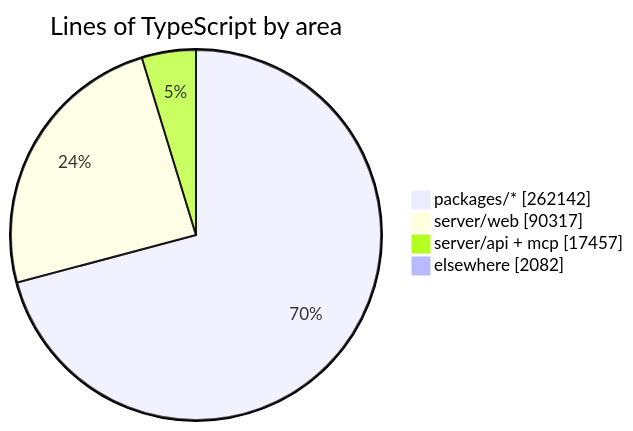
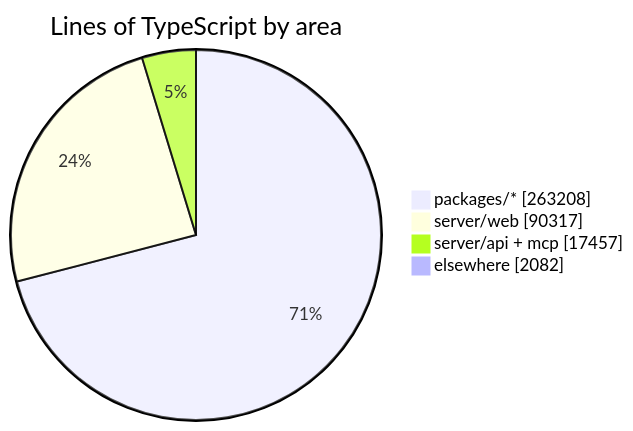
One commit to crossworks-engineering/mantle changed the diagram in README.md. Above: the diagram before and after it, drawn with Mermaid. The commit also changed other lines of this file and 2 other files, not shown here.

````diff
--- a/README.md
+++ b/README.md
@@ -287,7 +287,7 @@
 ```mermaid
 pie showData title Lines of TypeScript by area
-    "packages/*" : 262142
+    "packages/*" : 263208
     "server/web" : 90317
     "server/api + mcp" : 17457
     "elsewhere" : 2082
 ```
````
